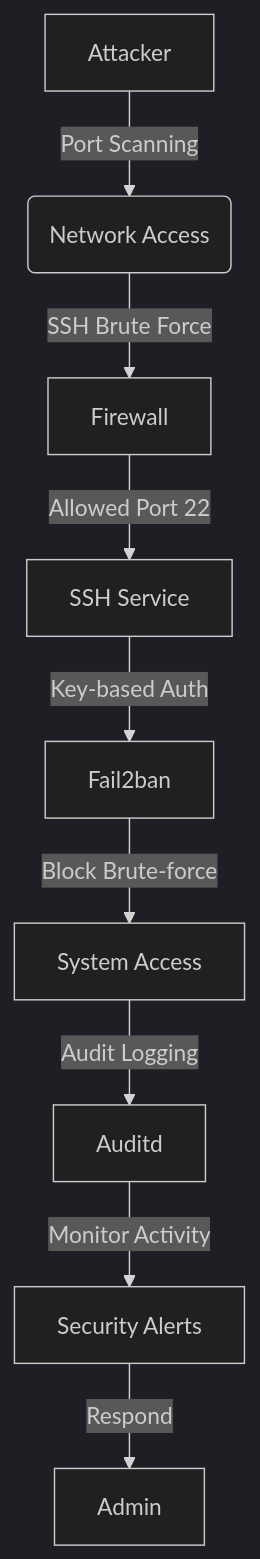
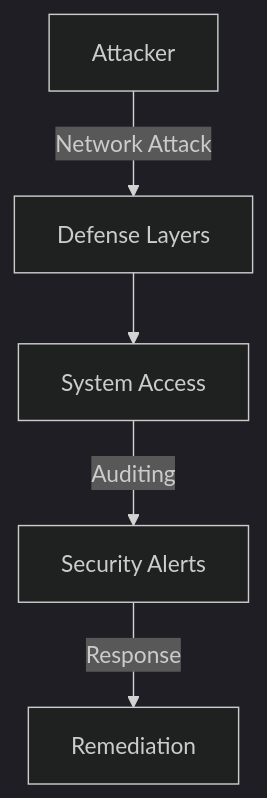
One commit to lucchesi-sec/cybersec-projects changed the first of 2 diagrams in linux-server-hardening/readme.md. Above: the diagram before and after it, drawn with Mermaid (dark theme). The commit also changed 5 other files, not shown here.

Commit message:
docs: simplify mermaid diagrams for better readability

````diff
--- a/linux-server-hardening/readme.md
+++ b/linux-server-hardening/readme.md
@@ -20,11 +20,7 @@
 ```mermaid
 graph TD
-    A[Attacker] -->|Port Scanning| B(Network Access)
-    B -->|SSH Brute Force| C[Firewall]
-    C -->|Allowed Port 22| D[SSH Service]
-    D -->|Key-based Auth| E[Fail2ban]
-    E -->|Block Brute-force| F[System Access]
-    F -->|Audit Logging| G[Auditd]
-    G -->|Monitor Activity| H[Security Alerts]
-    H -->|Respond| I[Admin]
+    A[Attacker] -->|"Network Attack"| B[Defense Layers]
+    B --> C[System Access]
+    C -->|"Auditing"| D[Security Alerts]
+    D -->|"Response"| E[Remediation]
 ```
````
